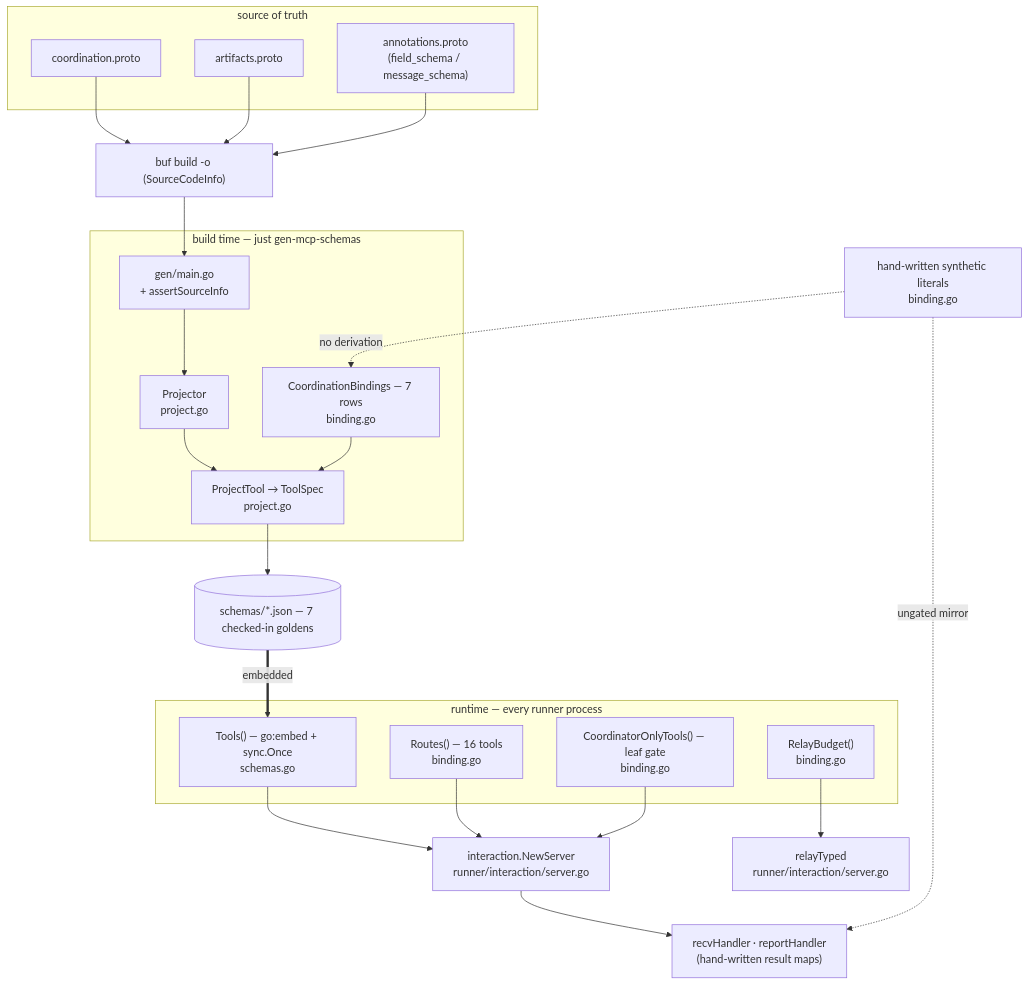
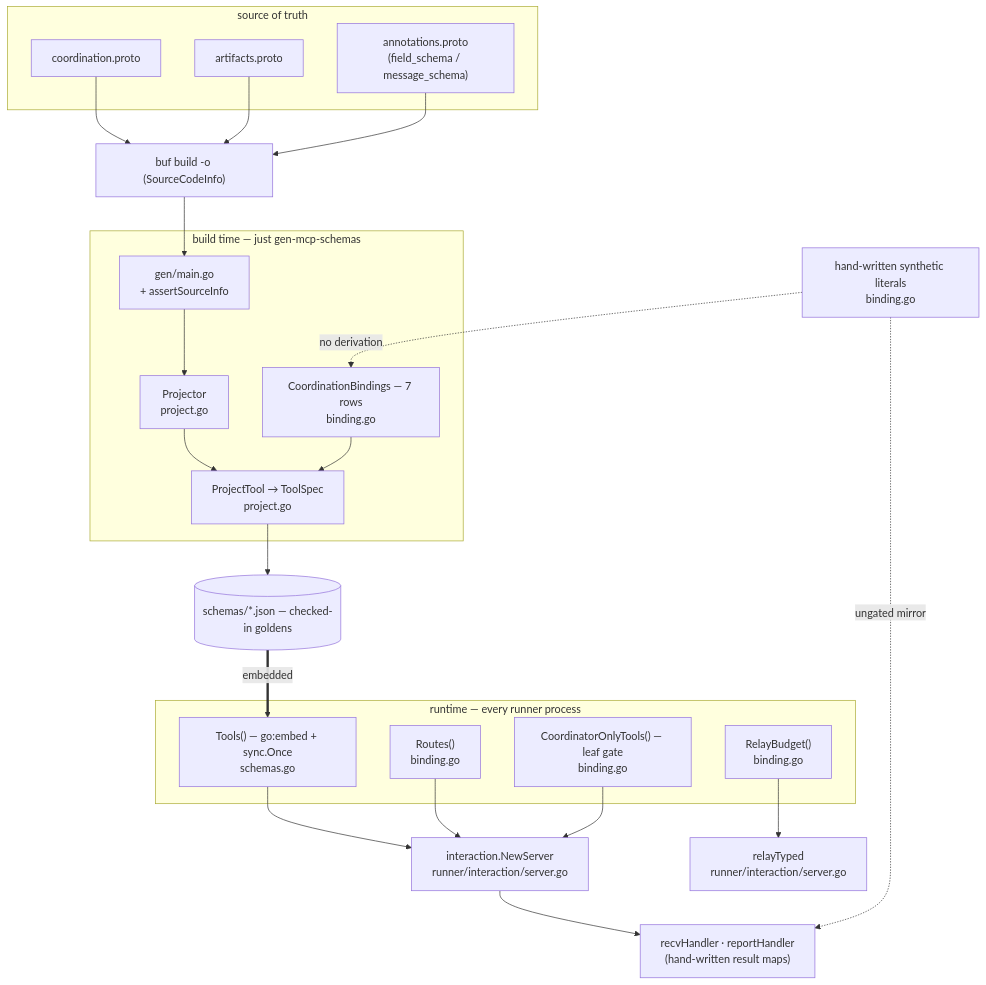
Before and after one commit to ctxloom/ctxloom: the diagram in docs/architecture/agentcoord/mcp-tool-surface.md, drawn with Mermaid. The commit also changed other lines of this file and 2 other files, not shown here.

````diff
--- a/docs/architecture/agentcoord/mcp-tool-surface.md
+++ b/docs/architecture/agentcoord/mcp-tool-surface.md
@@ -15,31 +15,31 @@
 ```mermaid
 flowchart TD
   subgraph SoT["source of truth"]
     P1["coordination.proto"]
     P2["artifacts.proto"]
     P3["annotations.proto<br/>(field_schema / message_schema)"]
   end
   BUF["buf build -o (SourceCodeInfo)"]
   P1 & P2 & P3 --> BUF
   subgraph GEN["build time — just gen-mcp-schemas"]
     MAIN["gen/main.go<br/>+ assertSourceInfo"]
     PROJ["Projector<br/>project.go"]
     BIND["CoordinationBindings — 7 rows<br/>binding.go"]
     PT["ProjectTool → ToolSpec<br/>project.go"]
   end
   BUF --> MAIN --> PROJ --> PT
   BIND --> PT
-  PT --> GOLD[("schemas/*.json — 7 checked-in goldens")]
+  PT --> GOLD[("schemas/*.json — checked-in goldens")]
   SYN["hand-written synthetic literals<br/>binding.go"] -.->|no derivation| BIND
   subgraph RT["runtime — every runner process"]
     TOOLS["Tools() — go:embed + sync.Once<br/>schemas.go"]
-    ROUTES["Routes() — 16 tools<br/>binding.go"]
+    ROUTES["Routes()<br/>binding.go"]
     COO["CoordinatorOnlyTools() — leaf gate<br/>binding.go"]
     RB["RelayBudget()<br/>binding.go"]
   end
   GOLD ==>|embedded| TOOLS
   TOOLS & ROUTES & COO --> RUNNER["interaction.NewServer<br/>runner/interaction/server.go"]
   RB --> RELAY["relayTyped<br/>runner/interaction/server.go"]
   RUNNER --> HANDLERS["recvHandler · reportHandler<br/>(hand-written result maps)"]
   SYN -.->|ungated mirror| HANDLERS
 ```
````
